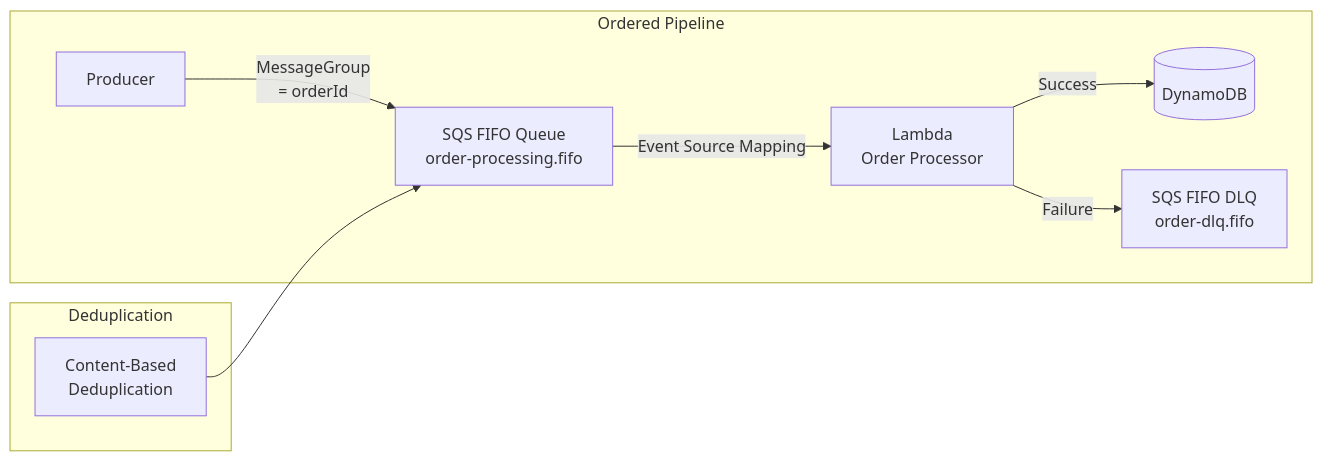
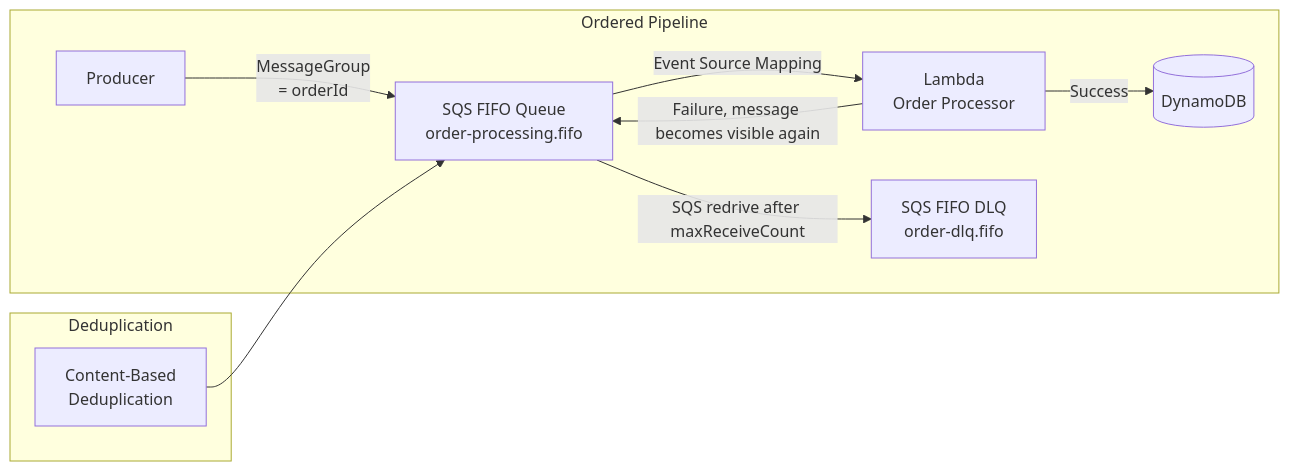
One commit to AlexanderBesss/AWS_best_praactices changed the third of 7 diagrams in Design/01-event-driven-patterns.md. Above: the diagram before and after it, drawn with Mermaid. The commit also changed other lines of this file and 31 other files, not shown here.

````diff
--- a/Design/01-event-driven-patterns.md
+++ b/Design/01-event-driven-patterns.md
@@ -157,13 +144,14 @@
 ```mermaid
 graph LR
     subgraph "Ordered Pipeline"
         A[Producer] -->|MessageGroup<br/>= orderId| B[SQS FIFO Queue<br/>order-processing.fifo]
         B -->|Event Source Mapping| C[Lambda<br/>Order Processor]
         C -->|Success| D[(DynamoDB)]
-        C -->|Failure| E[SQS FIFO DLQ<br/>order-dlq.fifo]
+        C -->|Failure, message becomes visible again| B
+        B -->|SQS redrive after maxReceiveCount| E[SQS FIFO DLQ<br/>order-dlq.fifo]
     end
     
     subgraph "Deduplication"
         F[Content-Based<br/>Deduplication] --> B
     end
 ```
````
